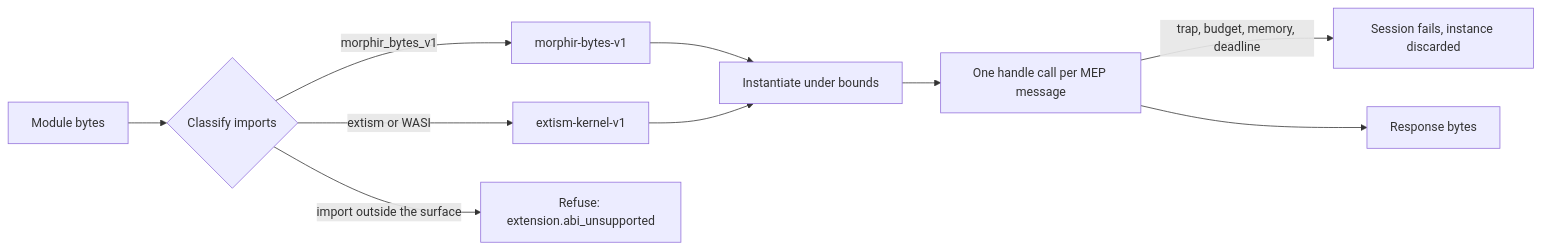
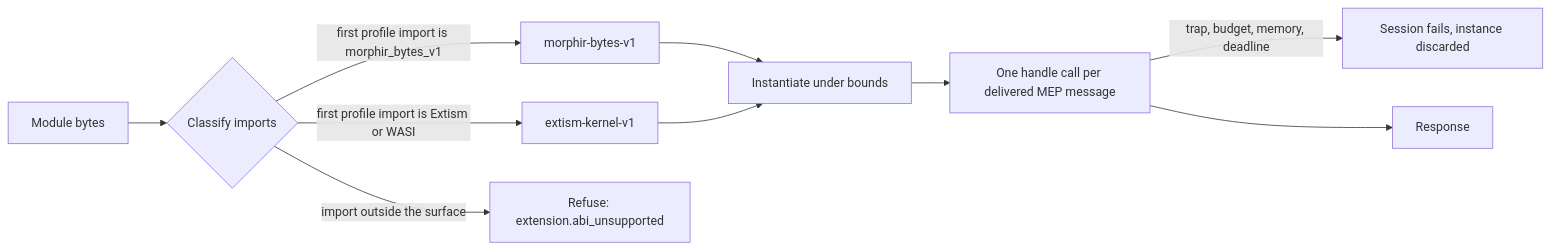
Before and after one commit to finos/morphir: the diagram in spec/mep/wasm-execution-profiles.md, drawn with Mermaid. The commit also changed other lines of this file and 66 other files, not shown here.

First line of the commit message:
docs(mep): revise the WASM profile contract and corpus against the MoonBit source

````diff
--- a/spec/mep/wasm-execution-profiles.md
+++ b/spec/mep/wasm-execution-profiles.md
@@ -13,12 +13,12 @@
 ```mermaid
 flowchart LR
   A[Module bytes] --> B{Classify imports}
-  B -->|morphir_bytes_v1| C[morphir-bytes-v1]
-  B -->|extism or WASI| D[extism-kernel-v1]
+  B -->|first profile import is morphir_bytes_v1| C[morphir-bytes-v1]
+  B -->|first profile import is Extism or WASI| D[extism-kernel-v1]
   B -->|import outside the surface| X[Refuse: extension.abi_unsupported]
   C --> E[Instantiate under bounds]
   D --> E
-  E --> F[One handle call per MEP message]
+  E --> F[One handle call per delivered MEP message]
   F -->|trap, budget, memory, deadline| Y[Session fails, instance discarded]
-  F --> G[Response bytes]
+  F --> G[Response]
 ```
````
